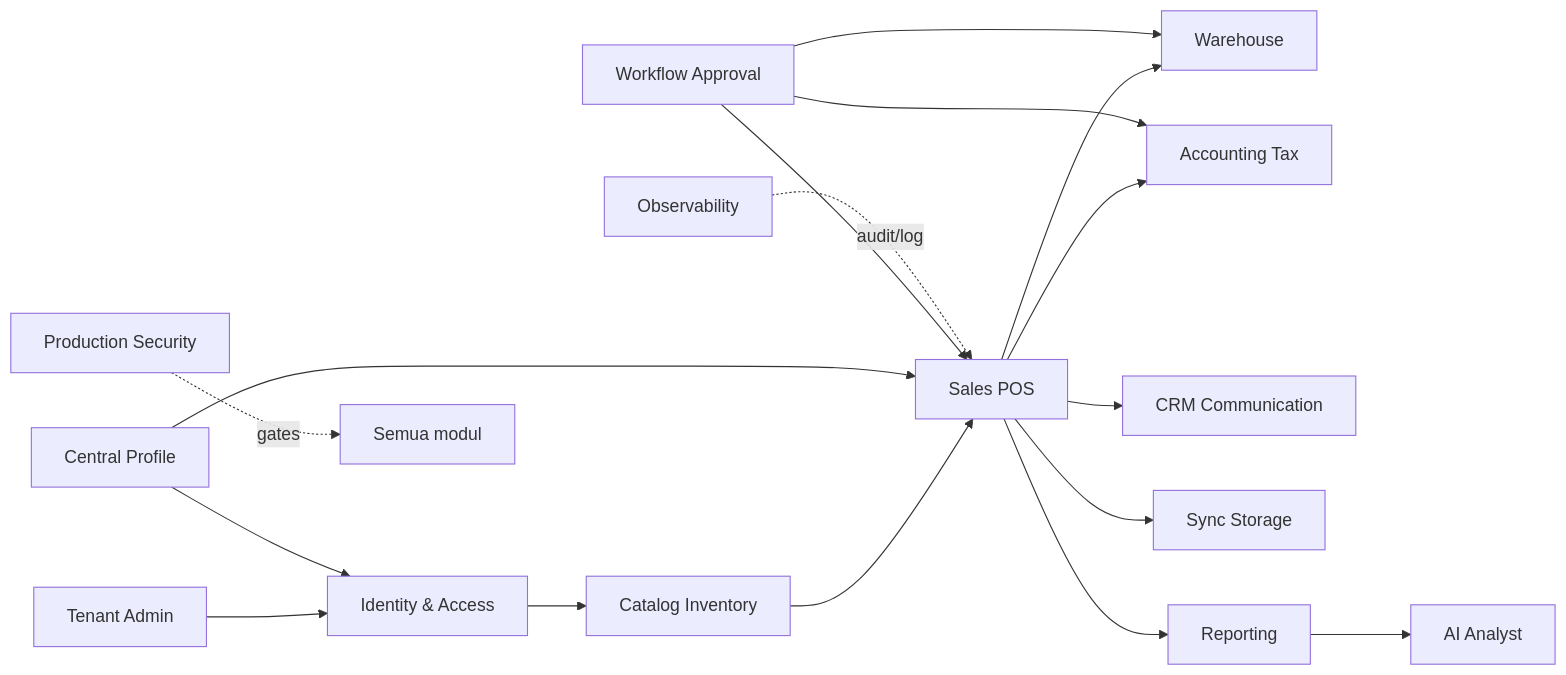
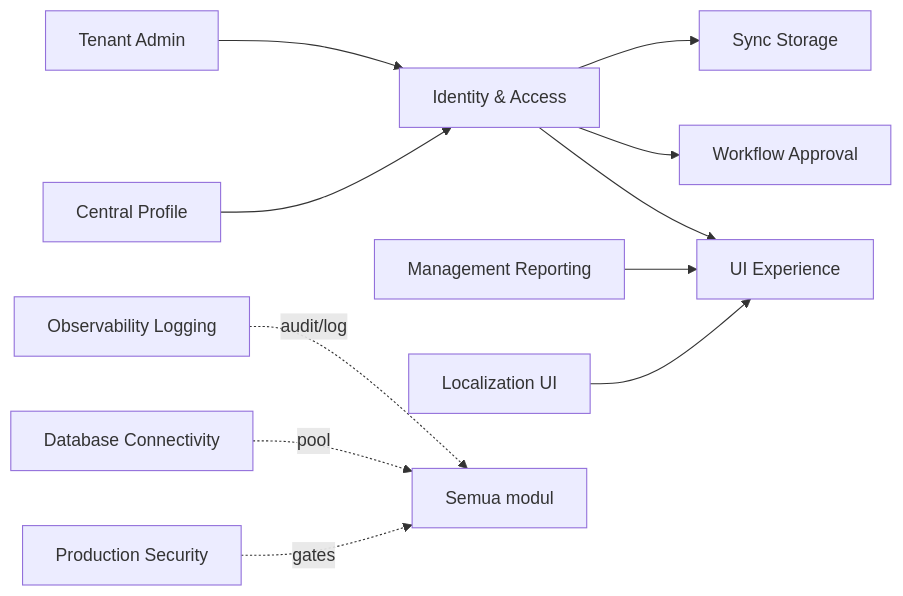
The second of 3 diagrams in docs/awcms-mini/01_canvas_induk.md (ahliweb/awcms-mini), drawn with Mermaid before and after one commit. The commit also changed other lines of this file and 8 other files, not shown here.

````diff
--- a/docs/awcms-mini/01_canvas_induk.md
+++ b/docs/awcms-mini/01_canvas_induk.md
@@ -59,19 +58,13 @@
 ```mermaid
 flowchart LR
   TA[Tenant Admin] --> IA[Identity & Access]
   CP[Central Profile] --> IA
-  IA --> CI[Catalog Inventory]
-  CI --> SP[Sales POS]
-  CP --> SP
-  SP --> WH[Warehouse]
-  SP --> TAX[Accounting Tax]
-  SP --> CRM[CRM Communication]
-  SP --> SYNC[Sync Storage]
-  RPT[Reporting] --> AI[AI Analyst]
-  SP --> RPT
-  WF[Workflow Approval] --> SP
-  WF --> WH
-  WF --> TAX
-  OBS[Observability] -.audit/log.-> SP
-  SEC[Production Security] -.gates.-> ALL[Semua modul]
+  IA --> WF[Workflow Approval]
+  IA --> UI[UI Experience]
+  IA --> SYNC[Sync Storage]
+  RPT[Management Reporting] --> UI
+  L10N[Localization UI] --> UI
+  OBS[Observability Logging] -.audit/log.-> ALL[Semua modul]
+  DBC[Database Connectivity] -.pool.-> ALL
+  SEC[Production Security] -.gates.-> ALL
 ```
````
